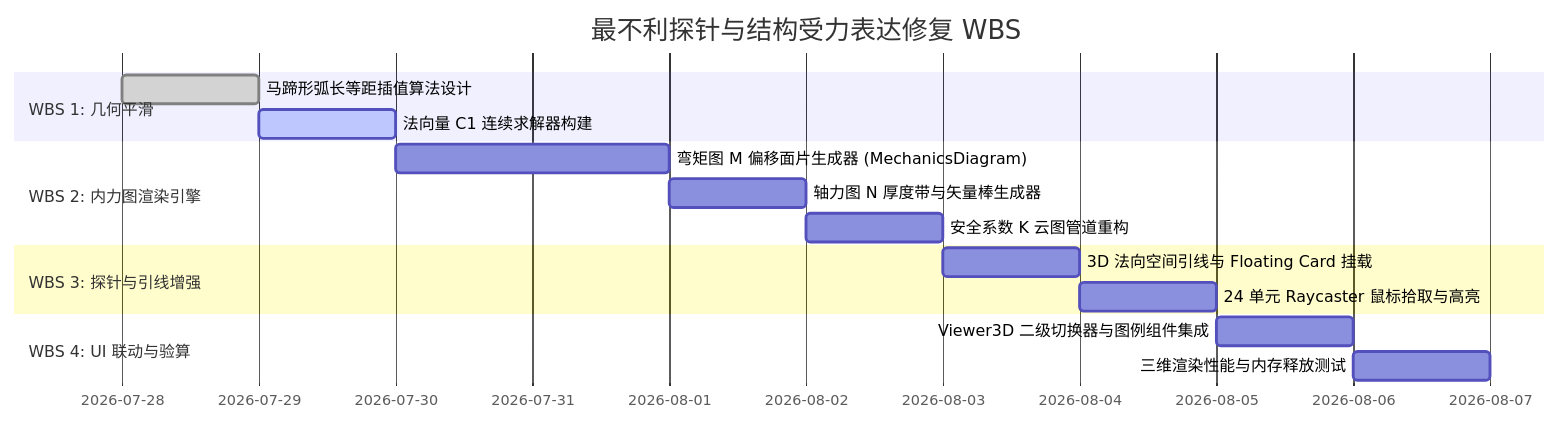
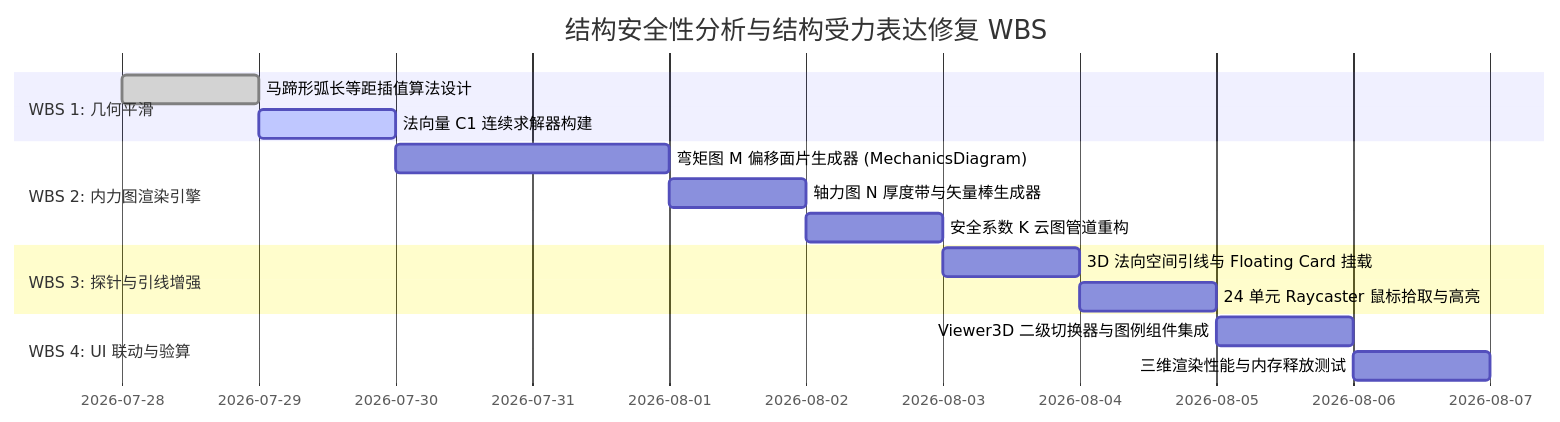
The second of 2 diagrams in doc/wiki_staging/Phase4-Topic-Stress-Probe-Diagnosis.md (TREYWANGCQU/on-a-Drainage-Adaptive-Platform), drawn with Mermaid before and after one commit. The commit also changed other lines of this file and 26 other files, not shown here.

````diff
--- a/doc/wiki_staging/Phase4-Topic-Stress-Probe-Diagnosis.md
+++ b/doc/wiki_staging/Phase4-Topic-Stress-Probe-Diagnosis.md
@@ -149,18 +149,18 @@
 ```mermaid
 gantt
-    title 最不利探针与结构受力表达修复 WBS
+    title 结构安全性分析与结构受力表达修复 WBS
     dateFormat  YYYY-MM-DD
     section WBS 1: 几何平滑
     马蹄形弧长等距插值算法设计           :done, wbs1_1, 2026-07-28, 1d
     法向量 C1 连续求解器构建             :active, wbs1_2, after wbs1_1, 1d
     section WBS 2: 内力图渲染引擎
     弯矩图 M 偏移面片生成器 (MechanicsDiagram) :wbs2_1, after wbs1_2, 2d
     轴力图 N 厚度带与矢量棒生成器         :wbs2_2, after wbs2_1, 1d
     安全系数 K 云图管道重构               :wbs2_3, after wbs2_2, 1d
     section WBS 3: 探针与引线增强
     3D 法向空间引线与 Floating Card 挂载  :wbs3_1, after wbs2_3, 1d
     24 单元 Raycaster 鼠标拾取与高亮      :wbs3_2, after wbs3_1, 1d
     section WBS 4: UI 联动与验算
     Viewer3D 二级切换器与图例组件集成    :wbs4_1, after wbs3_2, 1d
     三维渲染性能与内存释放测试            :wbs4_2, after wbs4_1, 1d
 ```
````
